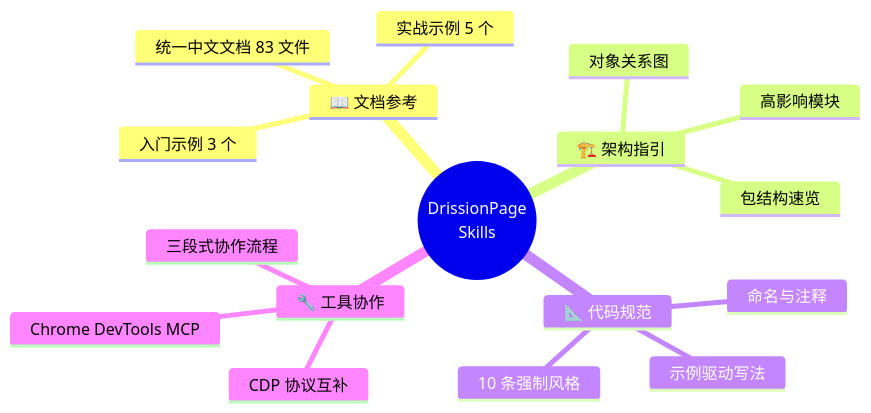
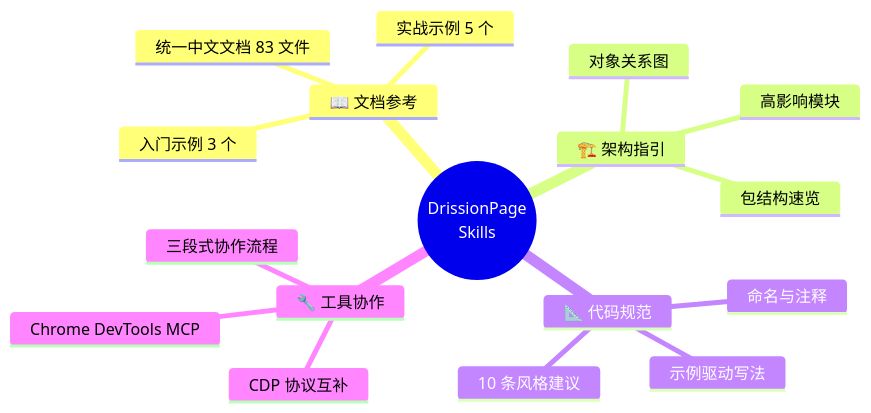
Before and after one commit to fqxue/drissionpage-skills: the first of 5 diagrams in README.md, drawn with Mermaid. The commit also changed 6 other files, not shown here.

````diff
--- a/README.md
+++ b/README.md
@@ -47,20 +47,20 @@
 ```mermaid
 mindmap
   root((DrissionPage<br/>Skills))
     📖 文档参考
       统一中文文档 83 文件
       实战示例 5 个
       入门示例 3 个
     🏗️ 架构指引
       包结构速览
       对象关系图
       高影响模块
     📐 代码规范
-      10 条强制风格
+      10 条风格建议
       示例驱动写法
       命名与注释
     🔧 工具协作
       Chrome DevTools MCP
       CDP 协议互补
       三段式协作流程
 ```
````
